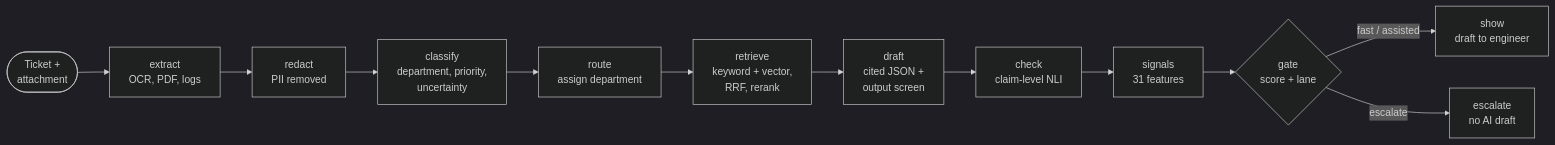
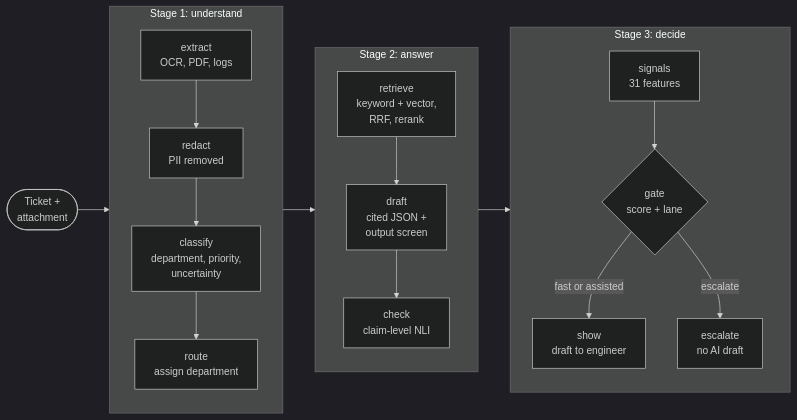
One commit to Rishikesh10925/Ticket_Sense changed the second of 3 diagrams in README.md. Above: the diagram before and after it, drawn with Mermaid (dark theme). The commit also changed other lines of this file, not shown here.

Commit message:
readme: cleaner architecture diagrams, staged pipeline, full-width gate table

````diff
--- a/README.md
+++ b/README.md
@@ -161,14 +156,27 @@
 ```mermaid
 flowchart LR
-    IN(["Ticket +<br/>attachment"]) --> X["extract<br/>OCR, PDF, logs"]
-    X --> R["redact<br/>PII removed"]
-    R --> C["classify<br/>department, priority,<br/>uncertainty"]
-    C --> RO["route<br/>assign department"]
-    RO --> RV["retrieve<br/>keyword + vector,<br/>RRF, rerank"]
-    RV --> D["draft<br/>cited JSON +<br/>output screen"]
-    D --> K["check<br/>claim-level NLI"]
-    K --> S["signals<br/>31 features"]
-    S --> G{"gate<br/>score + lane"}
-    G -- "fast / assisted" --> SH["show<br/>draft to engineer"]
-    G -- "escalate" --> ES["escalate<br/>no AI draft"]
+    IN(["Ticket +<br/>attachment"]) --> S1
+
+    subgraph S1["Stage 1: understand"]
+        direction TB
+        X["extract<br/>OCR, PDF, logs"] --> R["redact<br/>PII removed"]
+        R --> C["classify<br/>department, priority,<br/>uncertainty"]
+        C --> RO["route<br/>assign department"]
+    end
+
+    subgraph S2["Stage 2: answer"]
+        direction TB
+        RV["retrieve<br/>keyword + vector,<br/>RRF, rerank"] --> D["draft<br/>cited JSON +<br/>output screen"]
+        D --> K["check<br/>claim-level NLI"]
+    end
+
+    subgraph S3["Stage 3: decide"]
+        direction TB
+        S["signals<br/>31 features"] --> G{"gate<br/>score + lane"}
+        G -->|"fast or assisted"| SH["show<br/>draft to engineer"]
+        G -->|"escalate"| ES["escalate<br/>no AI draft"]
+    end
+
+    S1 --> S2
+    S2 --> S3
 ```
````
